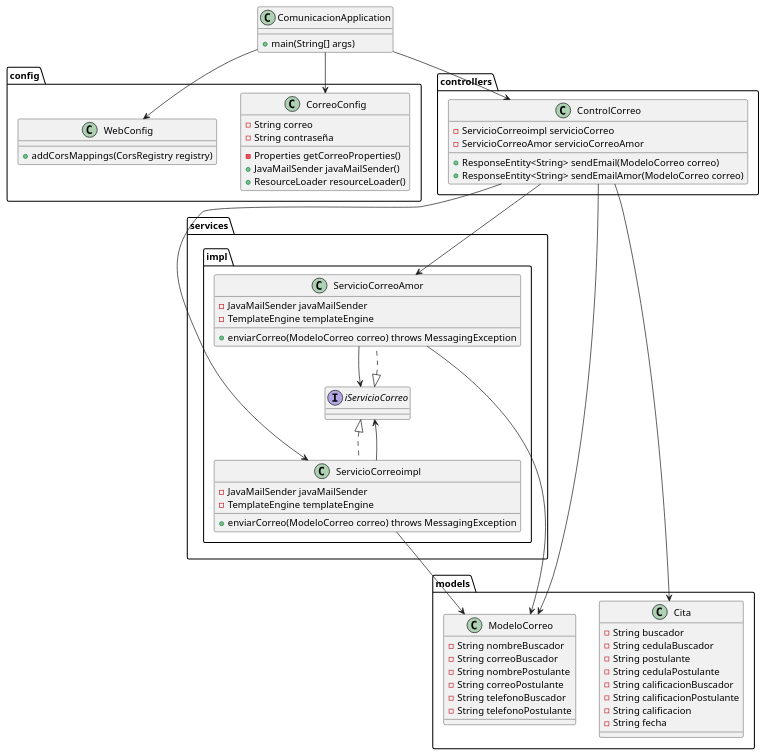
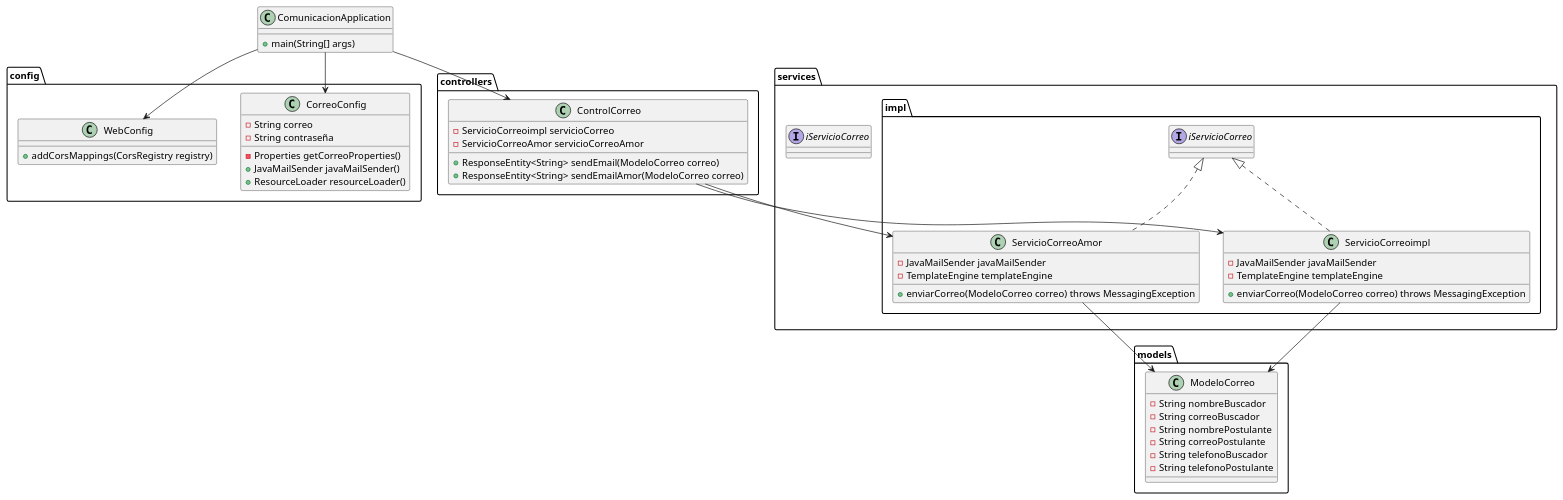
The diagram in docs/DiagramaComunicacion.puml (DanCmoo/SpeedDating), drawn with PlantUML before and after one commit. The commit also changed 7 other files, not shown here.

```diff
--- a/docs/DiagramaComunicacion.puml
+++ b/docs/DiagramaComunicacion.puml
@@ -1,85 +1,69 @@
 @startuml
+class ComunicacionApplication {
+  + main(String[] args)
+}
 
 package "config" {
     class CorreoConfig {
       - String correo
       - String contraseña
       - Properties getCorreoProperties()
       + JavaMailSender javaMailSender()
       + ResourceLoader resourceLoader()
     }
 
     class WebConfig {
       + addCorsMappings(CorsRegistry registry)
     }
 }
 
 package "controllers" {
     class ControlCorreo {
       - ServicioCorreoimpl servicioCorreo
       - ServicioCorreoAmor servicioCorreoAmor
       + ResponseEntity<String> sendEmail(ModeloCorreo correo)
       + ResponseEntity<String> sendEmailAmor(ModeloCorreo correo)
     }
 }
 
 package "models" {
     class ModeloCorreo {
       - String nombreBuscador
       - String correoBuscador
       - String nombrePostulante
       - String correoPostulante
       - String telefonoBuscador
       - String telefonoPostulante
     }
-
-    class Cita {
-      - String buscador
-      - String cedulaBuscador
-      - String postulante
-      - String cedulaPostulante
-      - String calificacionBuscador
-      - String calificacionPostulante
-      - String calificacion
-      - String fecha
-    }
 }
 
 package "services" {
+    interface iServicioCorreo{
+    }
+
     package "impl" {
         class ServicioCorreoAmor implements iServicioCorreo {
           - JavaMailSender javaMailSender
           - TemplateEngine templateEngine
           + enviarCorreo(ModeloCorreo correo) throws MessagingException
         }
 
         class ServicioCorreoimpl implements iServicioCorreo {
           - JavaMailSender javaMailSender
           - TemplateEngine templateEngine
           + enviarCorreo(ModeloCorreo correo) throws MessagingException
         }
 
         ControlCorreo --> ServicioCorreoimpl
         ControlCorreo --> ServicioCorreoAmor
         ServicioCorreoAmor --> ModeloCorreo
         ServicioCorreoimpl --> ModeloCorreo
-        ServicioCorreoAmor --> iServicioCorreo
-        ServicioCorreoimpl --> iServicioCorreo
+
     }
-}
 
-
-
-
-
-class ComunicacionApplication {
-  + main(String[] args)
-}
 
 ComunicacionApplication --> CorreoConfig
 ComunicacionApplication --> WebConfig
 ComunicacionApplication --> ControlCorreo
-ControlCorreo --> ModeloCorreo
-ControlCorreo --> Cita
 
 @enduml
```
